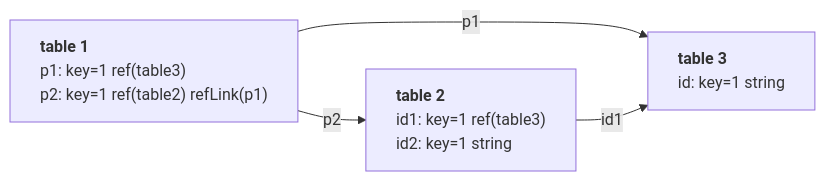
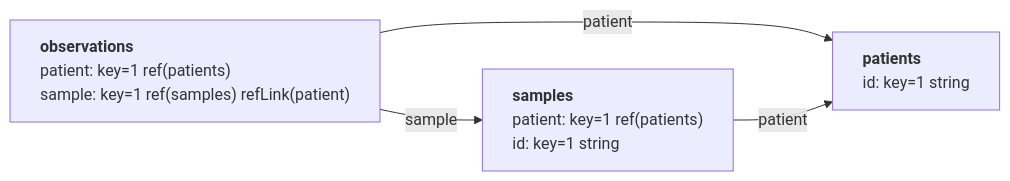
One commit to molgenis/molgenis-emx2 changed the diagram in docs/molgenis/use_schema.md. Above: the diagram before and after it, drawn with Mermaid. The commit also changed other lines of this file and 1 other file, not shown here.

Commit message:
docs(emx2): clarify refLink/overlapping docs with a domain example
Compact the isOverlapping Javadoc and link it to the refLink schema
documentation. Rewrite the use_schema refLink example to use a concrete
observations/samples/patients model instead of table1/table2/table3,
making the indirect double reference easier to grasp; note that the
downloadable example still uses the generic names.

Claude-Session: https://claude.ai/code/session_01LEsALRNqZGgLXGHvDojRHz

````diff
--- a/docs/molgenis/use_schema.md
+++ b/docs/molgenis/use_schema.md
@@ -220,26 +220,26 @@
 ```mermaid
 ---
 config:
     markdownAutoWrap: false
 ---
 flowchart LR
-  t1["`**table 1**
-      p1: key=1 ref(table3)
-      p2: key=1 ref(table2) refLink(p1)
+  observations["`**observations**
+      patient: key=1 ref(patients)
+      sample: key=1 ref(samples) refLink(patient)
     `"]
-    
-  t2["`**table 2**
-      id1: key=1 ref(table3)
-      id2: key=1 string
-    `"]
-    
-  t3["`**table 3**
+
+  samples["`**samples**
+      patient: key=1 ref(patients)
       id: key=1 string
     `"]
-  
-  t1-->|p2|t2
-  t1-->|p1|t3
-  t2-->|id1|t3
-  
+
+  patients["`**patients**
+      id: key=1 string
+    `"]
+
+  observations-->|sample|samples
+  observations-->|patient|patients
+  samples-->|patient|patients
+
   classDef default text-align:left;
 ```
````
